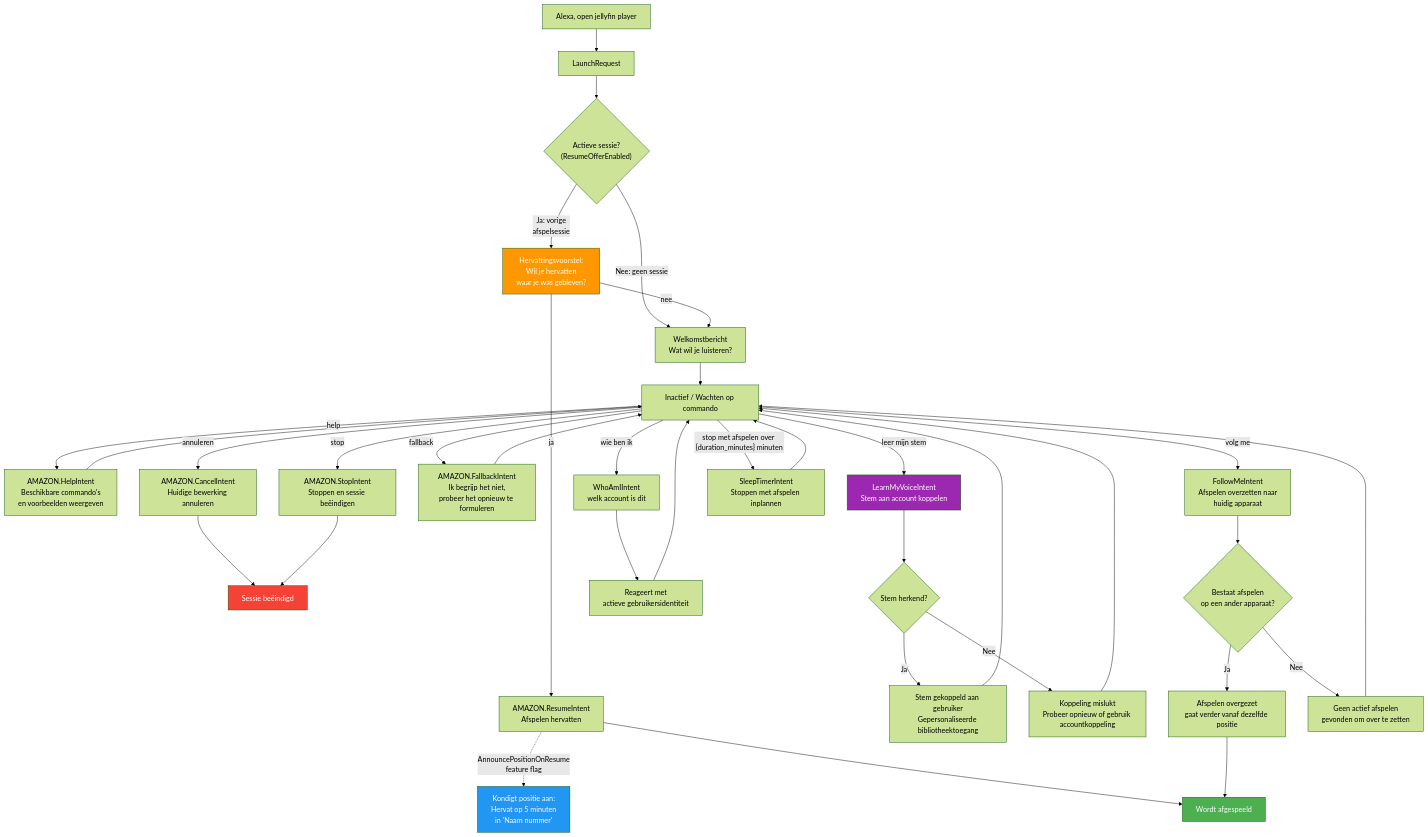
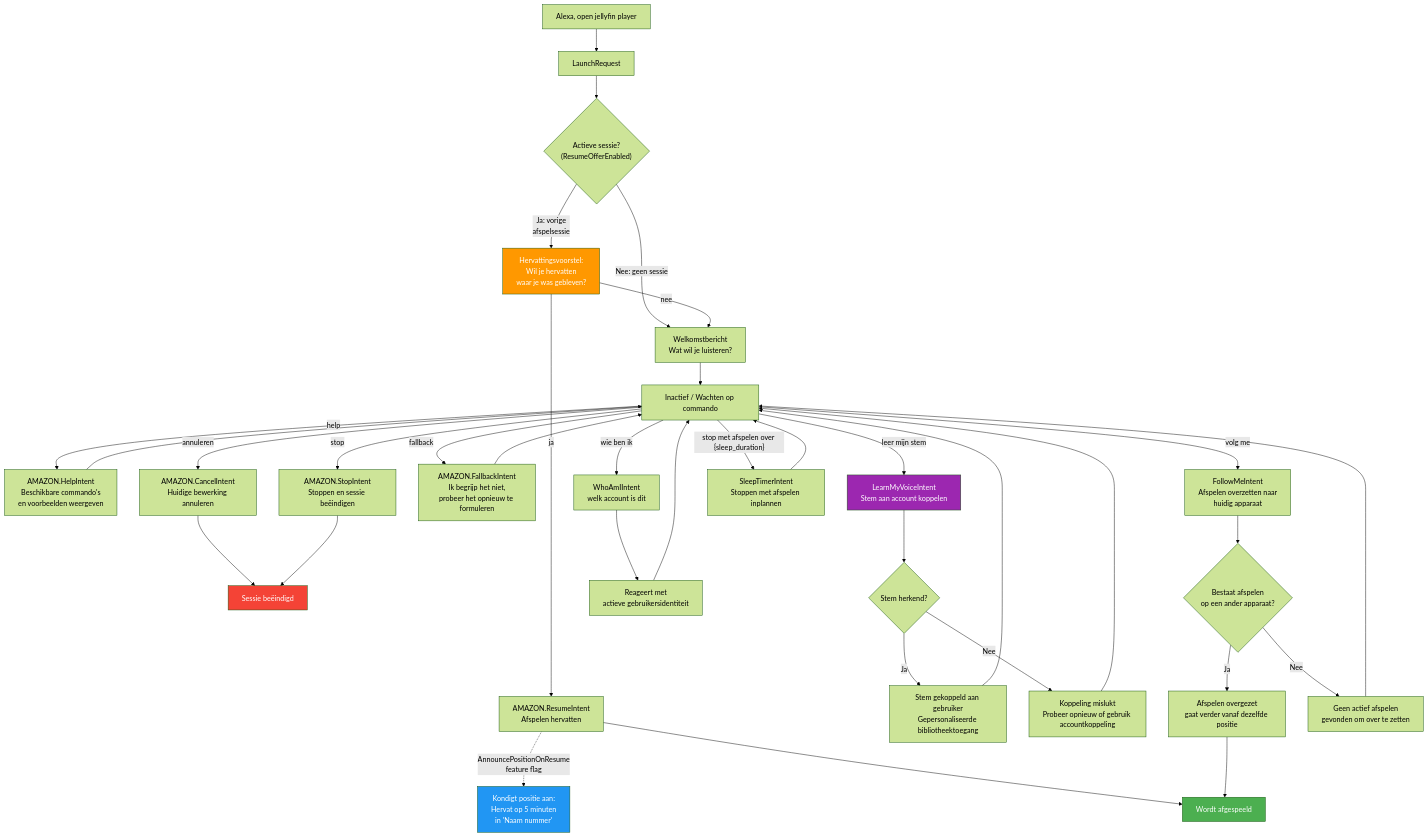
Before and after one commit to paoloantinori/jellyfin-alexa-plugin: the diagram in docs/session-management-nl-NL.md, drawn with Mermaid (forest theme). The commit also changed 94 other files, not shown here.

````diff
--- a/docs/session-management-nl-NL.md
+++ b/docs/session-management-nl-NL.md
@@ -3,56 +3,56 @@
 ```mermaid
 graph TD
     Open["Alexa, open jellyfin player"] --> LaunchRequest["LaunchRequest"]
 
     LaunchRequest --> HasSession{"Actieve sessie?<br/>(ResumeOfferEnabled)"}
 
     HasSession -->|"Ja: vorige<br/>afspelsessie"| ResumeOffer["Hervattingsvoorstel:<br/>Wil je hervatten<br/>waar je was gebleven?"]
     HasSession -->|"Nee: geen sessie"| Welcome["Welkomstbericht<br/>Wat wil je luisteren?"]
 
     ResumeOffer -->|"ja"| ResumePlay["AMAZON.ResumeIntent<br/>Afspelen hervatten"]
     ResumeOffer -->|"nee"| Welcome
 
     ResumePlay -.->|"AnnouncePositionOnResume<br/>feature flag"| PositionAnnounce["Kondigt positie aan:<br/>Hervat op 5 minuten<br/>in 'Naam nummer'"]
     ResumePlay --> Playing["Wordt afgespeeld"]
 
     Welcome --> Idle["Inactief / Wachten op commando"]
 
     Idle -->|"help"| Help["AMAZON.HelpIntent<br/>Beschikbare commando's<br/>en voorbeelden weergeven"]
     Idle -->|"annuleren"| Cancel["AMAZON.CancelIntent<br/>Huidige bewerking annuleren"]
     Idle -->|"stop"| Stop["AMAZON.StopIntent<br/>Stoppen en sessie beëindigen"]
     Idle -->|"fallback"| Fallback["AMAZON.FallbackIntent<br/>Ik begrijp het niet,<br/>probeer het opnieuw te formuleren"]
 
     Help --> Idle
     Cancel --> EndSession["Sessie beëindigd"]
     Stop --> EndSession
     Fallback --> Idle
 
     Idle -->|"leer mijn stem"| VoiceLink["LearnMyVoiceIntent<br/>Stem aan account koppelen"]
     VoiceLink --> VoiceResult{"Stem herkend?"}
     VoiceResult -->|"Ja"| Linked["Stem gekoppeld aan gebruiker<br/>Gepersonaliseerde bibliotheektoegang"]
     VoiceResult -->|"Nee"| LinkFailed["Koppeling mislukt<br/>Probeer opnieuw of gebruik accountkoppeling"]
 
     Linked --> Idle
     LinkFailed --> Idle
 
     Idle -->|"wie ben ik"| WhoAmI["WhoAmIIntent<br/>welk account is dit"]
     WhoAmI --> IdentityResp["Reageert met<br/>actieve gebruikersidentiteit"]
     IdentityResp --> Idle
 
     Idle -->|"volg me"| FollowMe["FollowMeIntent<br/>Afspelen overzetten naar<br/>huidig apparaat"]
     FollowMe --> FollowTransfer{"Bestaat afspelen<br/>op een ander apparaat?"}
     FollowTransfer -->|"Ja"| TransferOK["Afspelen overgezet<br/>gaat verder vanaf dezelfde positie"]
     FollowTransfer -->|"Nee"| NoTransfer["Geen actief afspelen<br/>gevonden om over te zetten"]
 
     TransferOK --> Playing
     NoTransfer --> Idle
 
-    Idle -->|"stop met afspelen over {duration_minutes} minuten"| Sleep["SleepTimerIntent<br/>Stoppen met afspelen inplannen"]
+    Idle -->|"stop met afspelen over {sleep_duration}"| Sleep["SleepTimerIntent<br/>Stoppen met afspelen inplannen"]
     Sleep --> Idle
 
     style Playing fill:#4CAF50,color:#fff
     style EndSession fill:#f44336,color:#fff
     style VoiceLink fill:#9C27B0,color:#fff
     style ResumeOffer fill:#FF9800,color:#fff
     style PositionAnnounce fill:#2196F3,color:#fff
 ```
````
